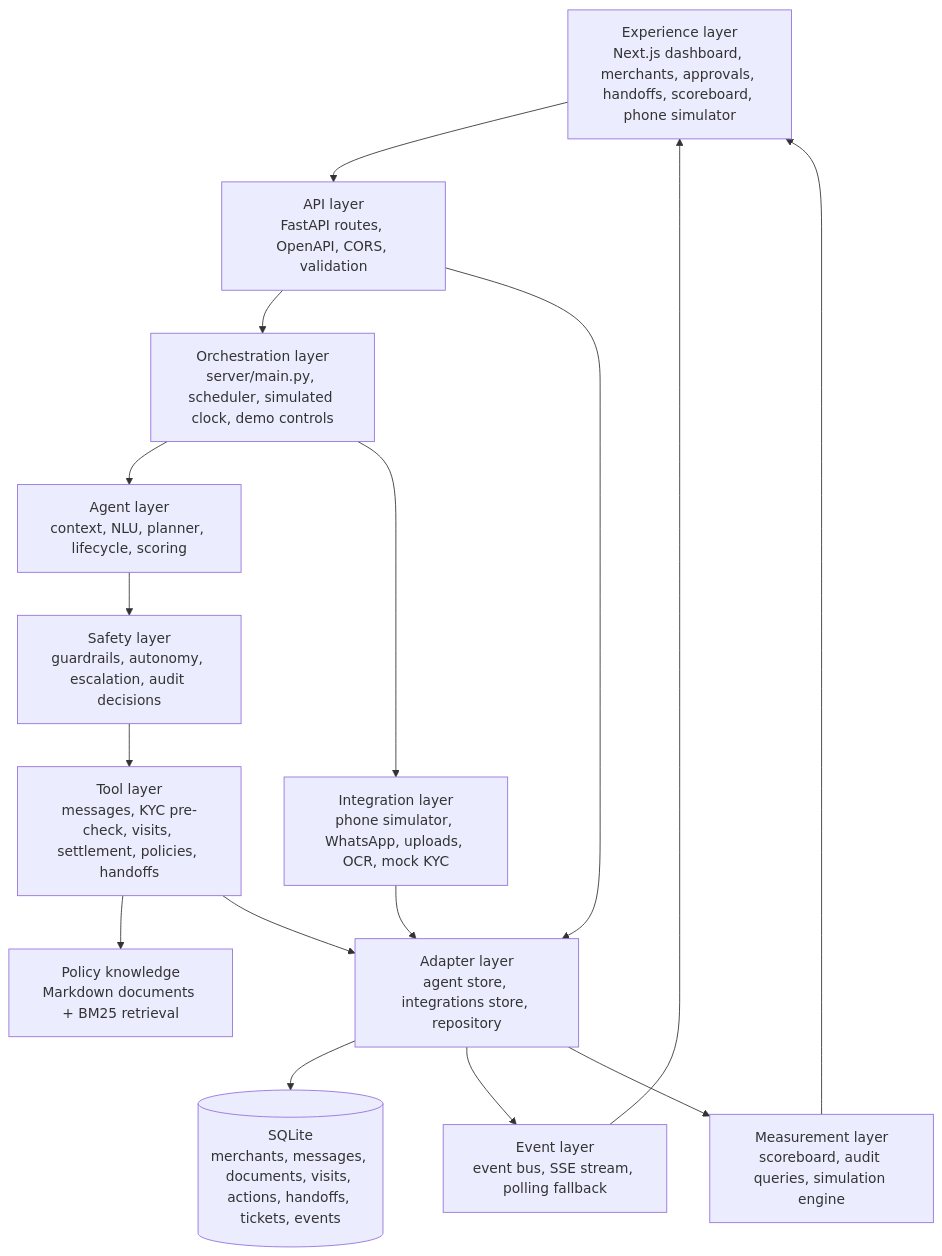
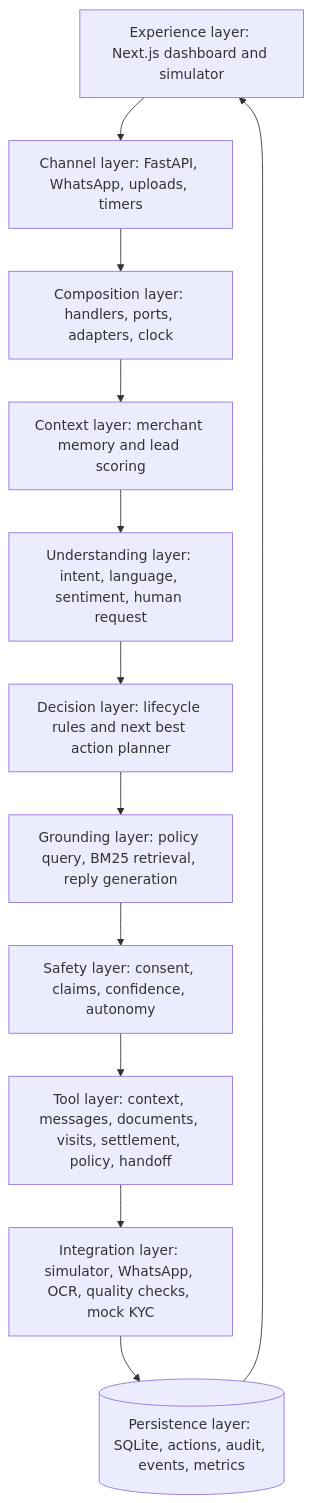
The diagram in README.md (archangel2006/paytm-hackathon), drawn with Mermaid before and after one commit. The commit also changed other lines of this file and 11 other files, not shown here.

````diff
--- a/README.md
+++ b/README.md
@@ -111,28 +112,26 @@
 ```mermaid
-flowchart TB
-    FE["Experience layer<br/>Next.js dashboard, merchants, approvals, handoffs, scoreboard, phone simulator"]
-    API["API layer<br/>FastAPI routes, OpenAPI, CORS, validation"]
-    ORCH["Orchestration layer<br/>server/main.py, scheduler, simulated clock, demo controls"]
-    AG["Agent layer<br/>context, NLU, planner, lifecycle, scoring"]
-    SAFE["Safety layer<br/>guardrails, autonomy, escalation, audit decisions"]
-    TOOLS["Tool layer<br/>messages, KYC pre-check, visits, settlement, policies, handoffs"]
-    INT["Integration layer<br/>phone simulator, WhatsApp, uploads, OCR, mock KYC"]
-    ADAPTER["Adapter layer<br/>agent store, integrations store, repository"]
-    DATA[("SQLite<br/>merchants, messages, documents, visits, actions, handoffs, tickets, events")]
-    EVENTS["Event layer<br/>event bus, SSE stream, polling fallback"]
-    METRICS["Measurement layer<br/>scoreboard, audit queries, simulation engine"]
-    POLICY["Policy knowledge<br/>Markdown documents + BM25 retrieval"]
+flowchart TD
+    Experience["Experience layer: Next.js dashboard and simulator"]
+    Intake["Channel layer: FastAPI, WhatsApp, uploads, timers"]
+    Composition["Composition layer: handlers, ports, adapters, clock"]
+    Context["Context layer: merchant memory and lead scoring"]
+    Nlu["Understanding layer: intent, language, sentiment, human request"]
+    Plan["Decision layer: lifecycle rules and next best action planner"]
+    Rag["Grounding layer: policy query, BM25 retrieval, reply generation"]
+    Safety["Safety layer: consent, claims, confidence, autonomy"]
+    Tools["Tool layer: context, messages, documents, visits, settlement, policy, handoff"]
+    Integrations["Integration layer: simulator, WhatsApp, OCR, quality checks, mock KYC"]
+    Persistence[("Persistence layer: SQLite, actions, audit, events, metrics")]
 
-    FE --> API
-    API --> ORCH
-    ORCH --> AG
-    ORCH --> INT
-    AG --> SAFE --> TOOLS
-    TOOLS --> POLICY
-    TOOLS --> ADAPTER
-    INT --> ADAPTER
-    API --> ADAPTER
-    ADAPTER --> DATA
-    ADAPTER --> EVENTS --> FE
-    ADAPTER --> METRICS --> FE
+    Experience --> Intake
+    Intake --> Composition
+    Composition --> Context
+    Context --> Nlu
+    Nlu --> Plan
+    Plan --> Rag
+    Rag --> Safety
+    Safety --> Tools
+    Tools --> Integrations
+    Integrations --> Persistence
+    Persistence --> Experience
 ```
````
